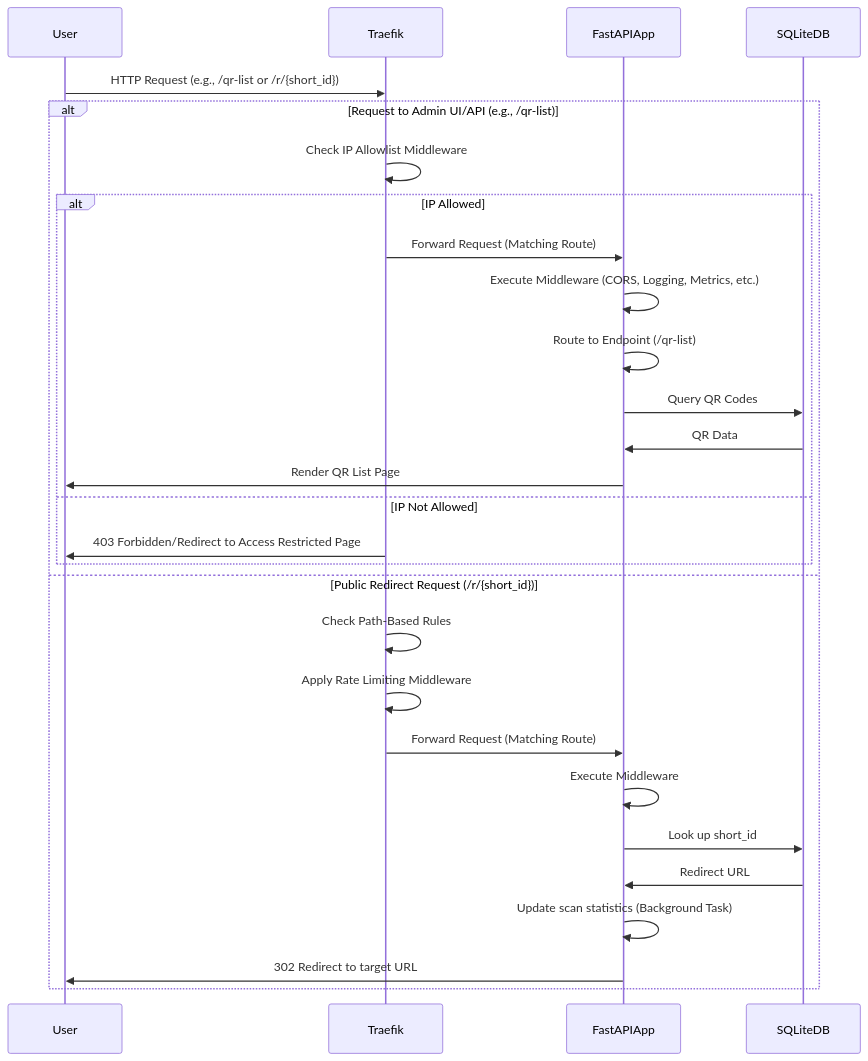
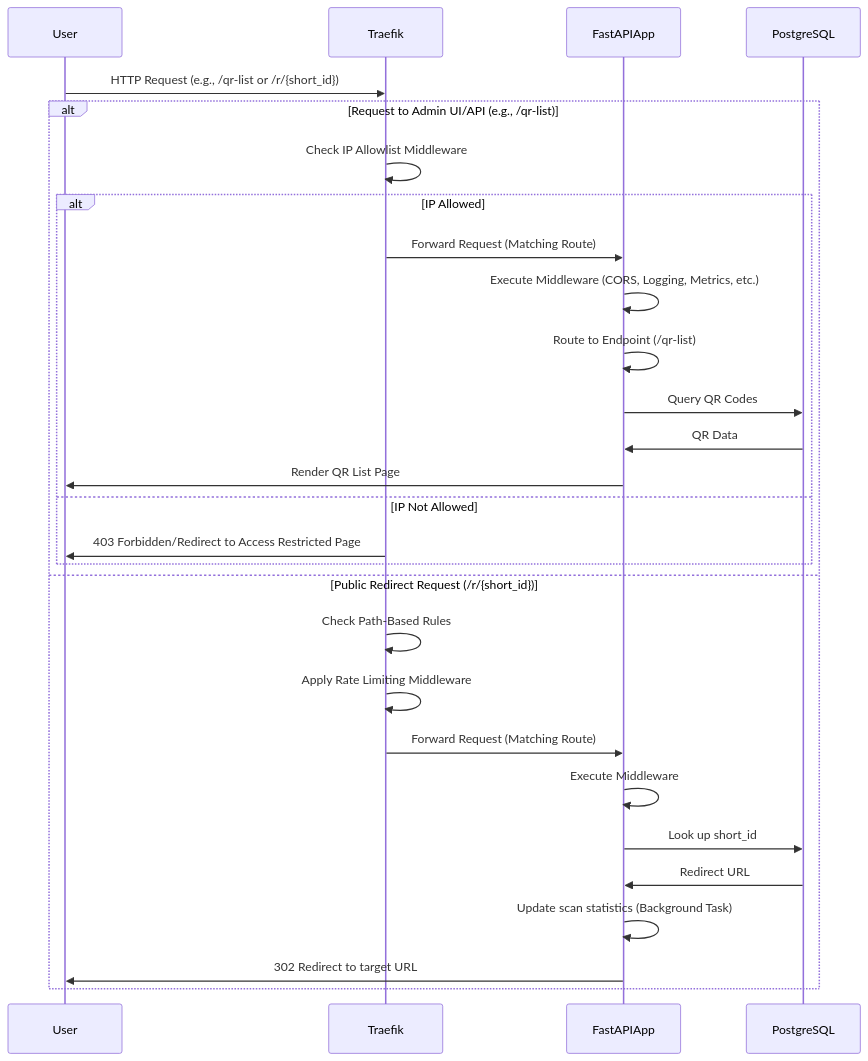
One commit to gsinghjay/mvp_qr_gen changed the third of 3 diagrams in STORY.md. Above: the diagram before and after it, drawn with Mermaid. The commit also changed other lines of this file, not shown here.

Commit message:
docs: update project story to reflect PostgreSQL migration

````diff
--- a/STORY.md
+++ b/STORY.md
@@ -63,34 +65,34 @@
 ```mermaid
 sequenceDiagram
     participant User
     participant Traefik
     participant FastAPIApp
-    participant SQLiteDB
+    participant PostgreSQL
 
     User->>Traefik: HTTP Request (e.g., /qr-list or /r/{short_id})
 
     alt Request to Admin UI/API (e.g., /qr-list)
         Traefik->>Traefik: Check IP Allowlist Middleware
         
         alt IP Allowed
             Traefik->>FastAPIApp: Forward Request (Matching Route)
             FastAPIApp->>FastAPIApp: Execute Middleware (CORS, Logging, Metrics, etc.)
             FastAPIApp->>FastAPIApp: Route to Endpoint (/qr-list)
-            FastAPIApp->>SQLiteDB: Query QR Codes
-            SQLiteDB->>FastAPIApp: QR Data
+            FastAPIApp->>PostgreSQL: Query QR Codes
+            PostgreSQL->>FastAPIApp: QR Data
             FastAPIApp->>User: Render QR List Page
         else IP Not Allowed
             Traefik->>User: 403 Forbidden/Redirect to Access Restricted Page
         end
         
     else Public Redirect Request (/r/{short_id})
         Traefik->>Traefik: Check Path-Based Rules
         Traefik->>Traefik: Apply Rate Limiting Middleware
         Traefik->>FastAPIApp: Forward Request (Matching Route)
         FastAPIApp->>FastAPIApp: Execute Middleware
-        FastAPIApp->>SQLiteDB: Look up short_id
-        SQLiteDB->>FastAPIApp: Redirect URL
+        FastAPIApp->>PostgreSQL: Look up short_id
+        PostgreSQL->>FastAPIApp: Redirect URL
         FastAPIApp->>FastAPIApp: Update scan statistics (Background Task)
         FastAPIApp->>User: 302 Redirect to target URL
     end
 ```
````
